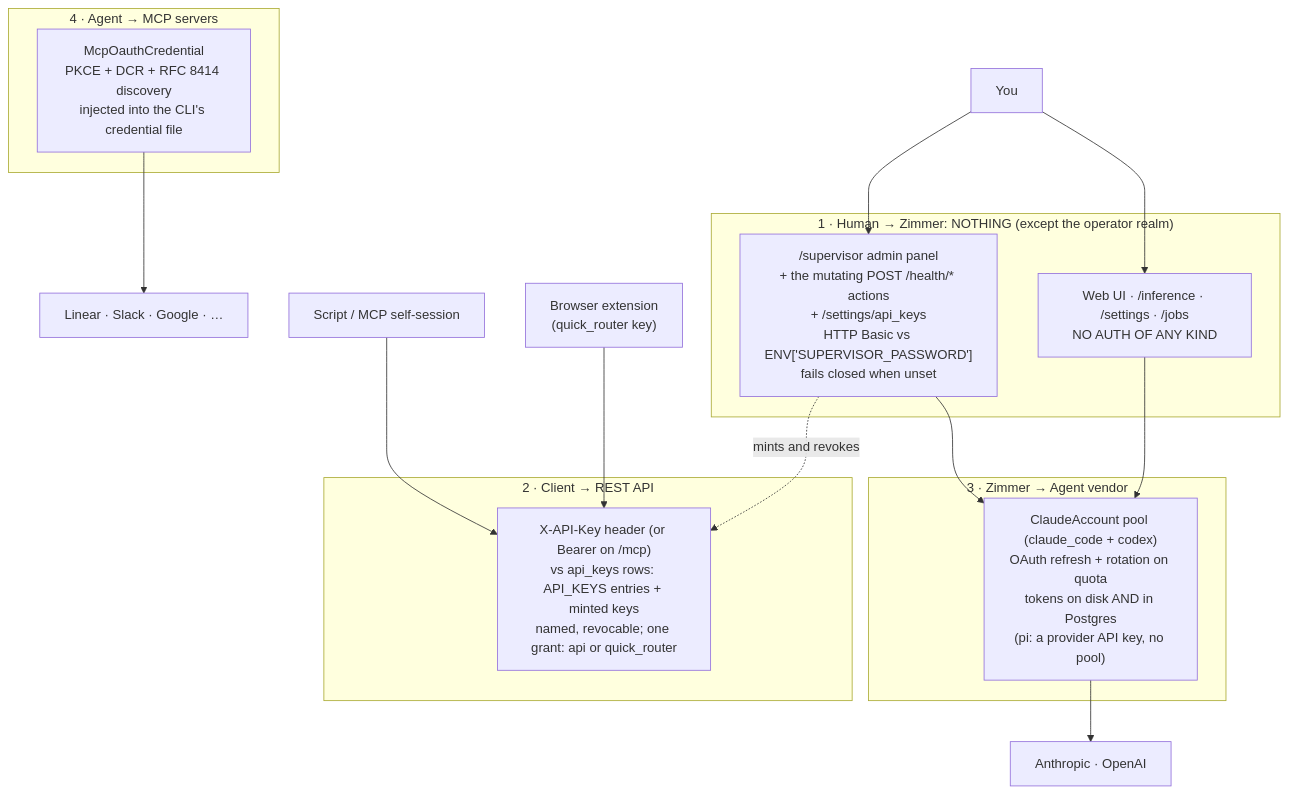
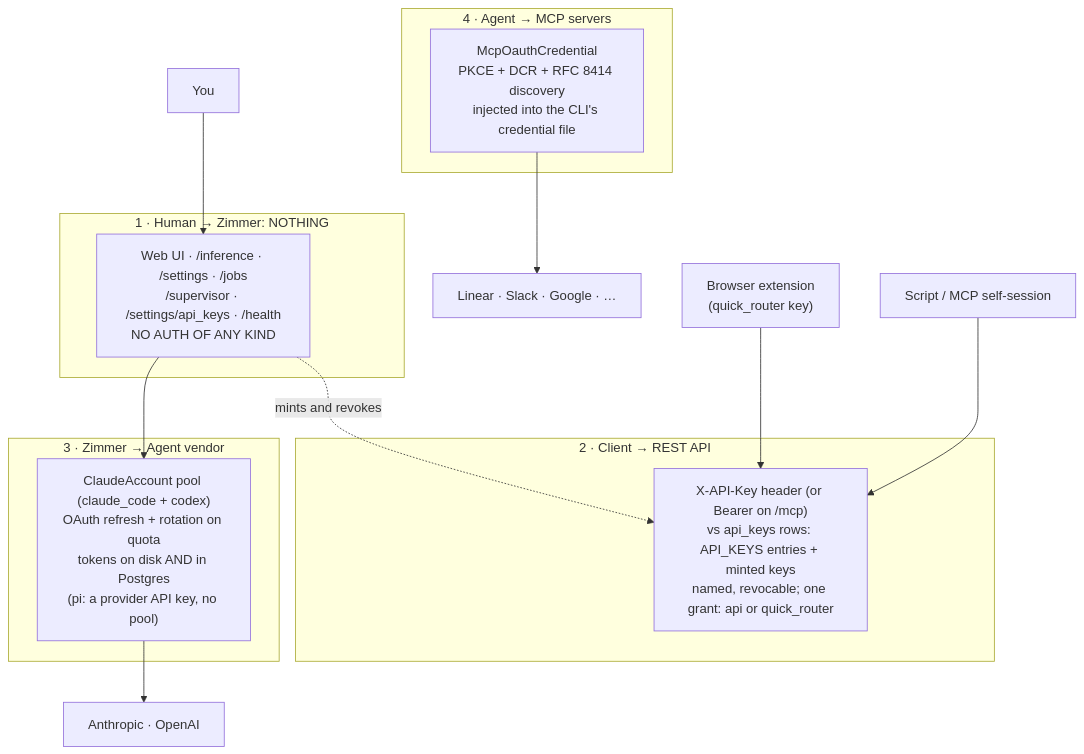
One commit to tadasant/zimmer changed the diagram in docs/src/content/docs/auth/overview.md. Above: the diagram before and after it, drawn with Mermaid. The commit also changed other lines of this file and 60 other files, not shown here.

First line of the commit message:
refactor(auth): remove the operator HTTP Basic realm; one auth posture across the web UI

````diff
--- a/docs/src/content/docs/auth/overview.md
+++ b/docs/src/content/docs/auth/overview.md
@@ -11,26 +11,23 @@
 ```mermaid
 flowchart TB
-    subgraph none["1 · Human → Zimmer: NOTHING (except the operator realm)"]
-        W["Web UI · /inference · /settings · /jobs<br/>NO AUTH OF ANY KIND"]
-        SUP["/supervisor admin panel<br/>+ the mutating POST /health/* actions<br/>+ /settings/api_keys<br/>HTTP Basic vs ENV['SUPERVISOR_PASSWORD']<br/>fails closed when unset"]
+    subgraph none["1 · Human → Zimmer: NOTHING"]
+        W["Web UI · /inference · /settings · /jobs<br/>/supervisor · /settings/api_keys · /health<br/>NO AUTH OF ANY KIND"]
     end
     subgraph api["2 · Client → REST API"]
         A["X-API-Key header (or Bearer on /mcp)<br/>vs api_keys rows: API_KEYS entries + minted keys<br/>named, revocable; one grant: api or quick_router"]
     end
     subgraph harness["3 · Zimmer → Agent vendor"]
         H["ClaudeAccount pool (claude_code + codex)<br/>OAuth refresh + rotation on quota<br/>tokens on disk AND in Postgres<br/>(pi: a provider API key, no pool)"]
     end
     subgraph mcp["4 · Agent → MCP servers"]
         M["McpOauthCredential<br/>PKCE + DCR + RFC 8414 discovery<br/>injected into the CLI's credential file"]
     end
 
     U["You"] --> W
-    U --> SUP
     C["Script / MCP self-session"] --> A
     X["Browser extension<br/>(quick_router key)"] --> A
     W --> H
-    SUP --> H
-    SUP -. mints and revokes .-> A
+    W -. mints and revokes .-> A
     H --> V["Anthropic · OpenAI"]
     M --> S["Linear · Slack · Google · …"]
 ```
````
